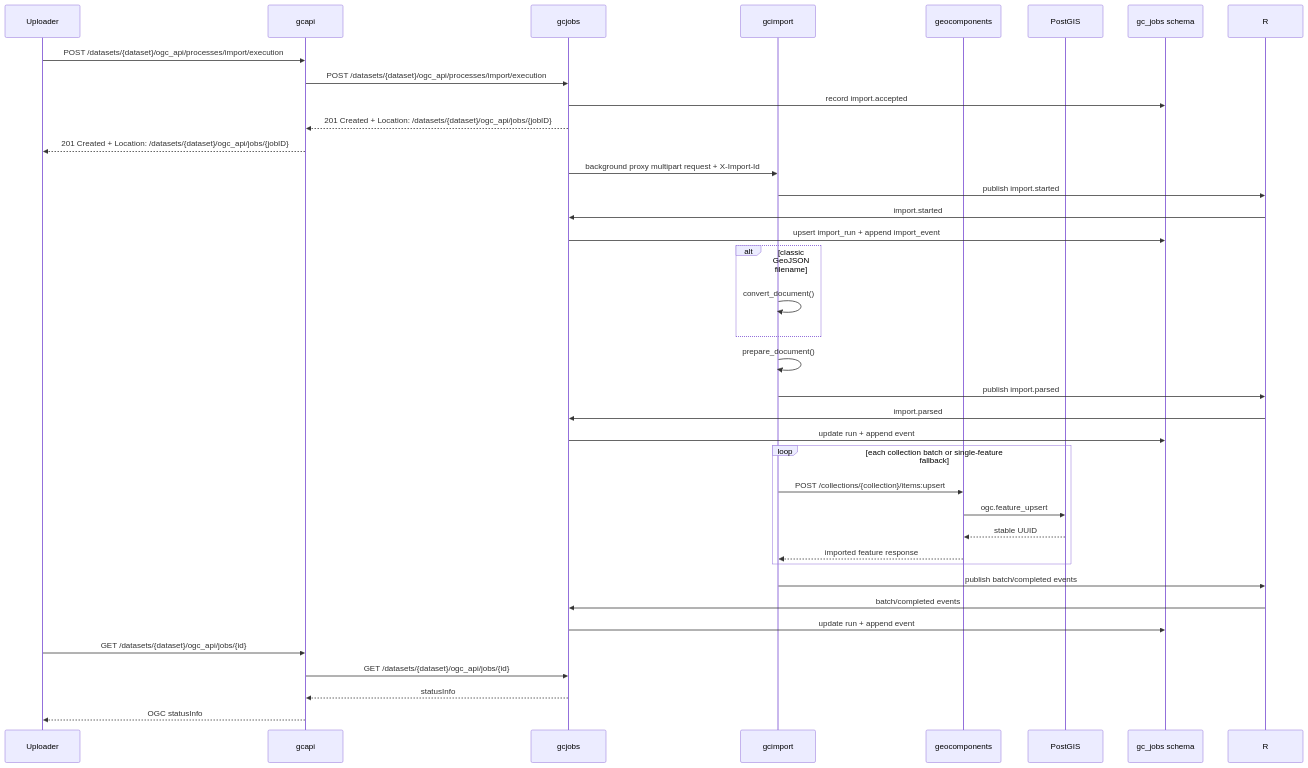
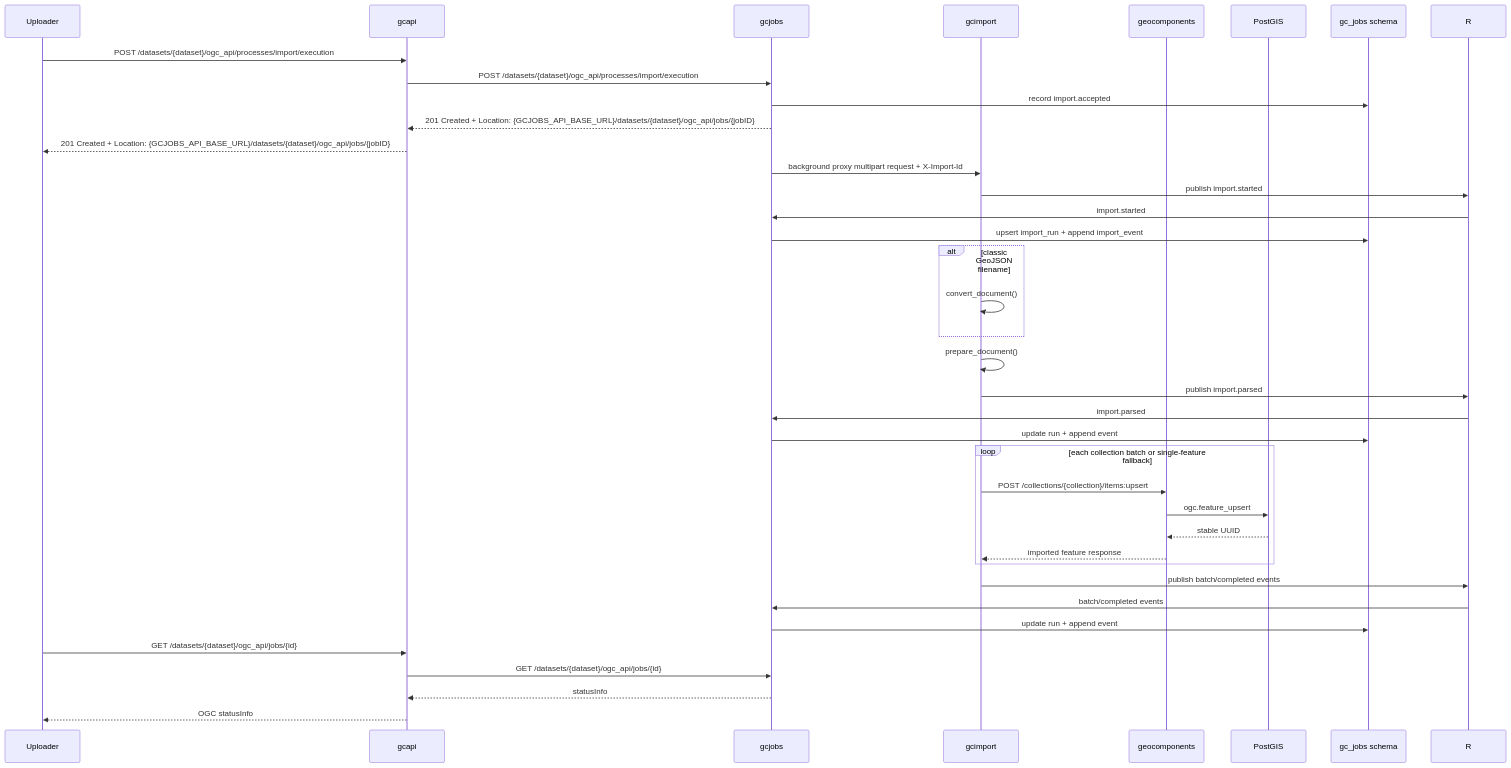
One commit to kartverket/topografisk-gdb-api changed the seventh of 10 diagrams in docs/ARCHITECTURE.md. Above: the diagram before and after it, drawn with Mermaid. The commit also changed other lines of this file and 31 other files, not shown here.

````diff
--- a/docs/ARCHITECTURE.md
+++ b/docs/ARCHITECTURE.md
@@ -287,40 +289,40 @@
 ```mermaid
 sequenceDiagram
   participant U as Uploader
   participant A as gcapi
   participant J as gcjobs
   participant I as gcimport
   participant G as geocomponents
   participant DB as PostGIS
   participant JDB as gc_jobs schema
 
   U->>A: POST /datasets/{dataset}/ogc_api/processes/import/execution
   A->>J: POST /datasets/{dataset}/ogc_api/processes/import/execution
   J->>JDB: record import.accepted
-  J-->>A: 201 Created + Location: /datasets/{dataset}/ogc_api/jobs/{jobID}
-  A-->>U: 201 Created + Location: /datasets/{dataset}/ogc_api/jobs/{jobID}
+  J-->>A: 201 Created + Location: {GCJOBS_API_BASE_URL}/datasets/{dataset}/ogc_api/jobs/{jobID}
+  A-->>U: 201 Created + Location: {GCJOBS_API_BASE_URL}/datasets/{dataset}/ogc_api/jobs/{jobID}
   J->>I: background proxy multipart request + X-Import-Id
   I->>R: publish import.started
   R->>J: import.started
   J->>JDB: upsert import_run + append import_event
   alt classic GeoJSON filename
     I->>I: convert_document()
   end
   I->>I: prepare_document()
   I->>R: publish import.parsed
   R->>J: import.parsed
   J->>JDB: update run + append event
   loop each collection batch or single-feature fallback
     I->>G: POST /collections/{collection}/items:upsert
     G->>DB: ogc.feature_upsert
     DB-->>G: stable UUID
     G-->>I: imported feature response
   end
   I->>R: publish batch/completed events
   R->>J: batch/completed events
   J->>JDB: update run + append event
   U->>A: GET /datasets/{dataset}/ogc_api/jobs/{id}
   A->>J: GET /datasets/{dataset}/ogc_api/jobs/{id}
   J-->>A: statusInfo
   A-->>U: OGC statusInfo
 ```
````
